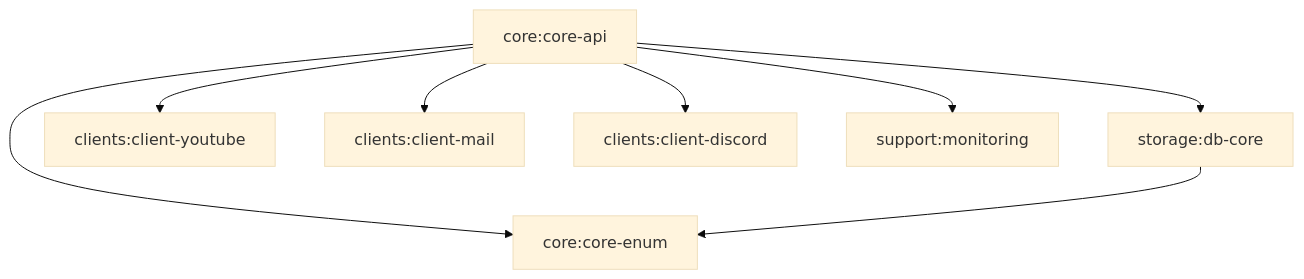
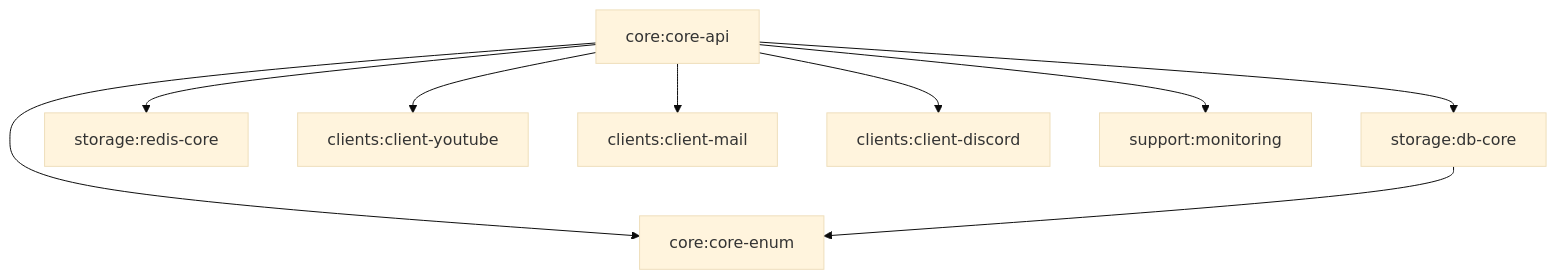
Before and after one commit to gudwns1812/FunGame: the second of 2 diagrams in backend/ARCHITECTURE.md, drawn with Mermaid (base theme). The commit also changed other lines of this file and 65 other files, not shown here.

````diff
--- a/backend/ARCHITECTURE.md
+++ b/backend/ARCHITECTURE.md
@@ -87,19 +106,21 @@
 ```mermaid
 graph TD
     core-api["core:core-api"]
     core-enum["core:core-enum"]
     db-core["storage:db-core"]
+    redis-core["storage:redis-core"]
     youtube["clients:client-youtube"]
     mail["clients:client-mail"]
     discord["clients:client-discord"]
     monitoring["support:monitoring"]
 
     core-api --> core-enum
     core-api --> db-core
+    core-api --> redis-core
     core-api --> youtube
     core-api --> mail
     core-api --> discord
     core-api --> monitoring
 
     db-core --> core-enum
 ```
````
